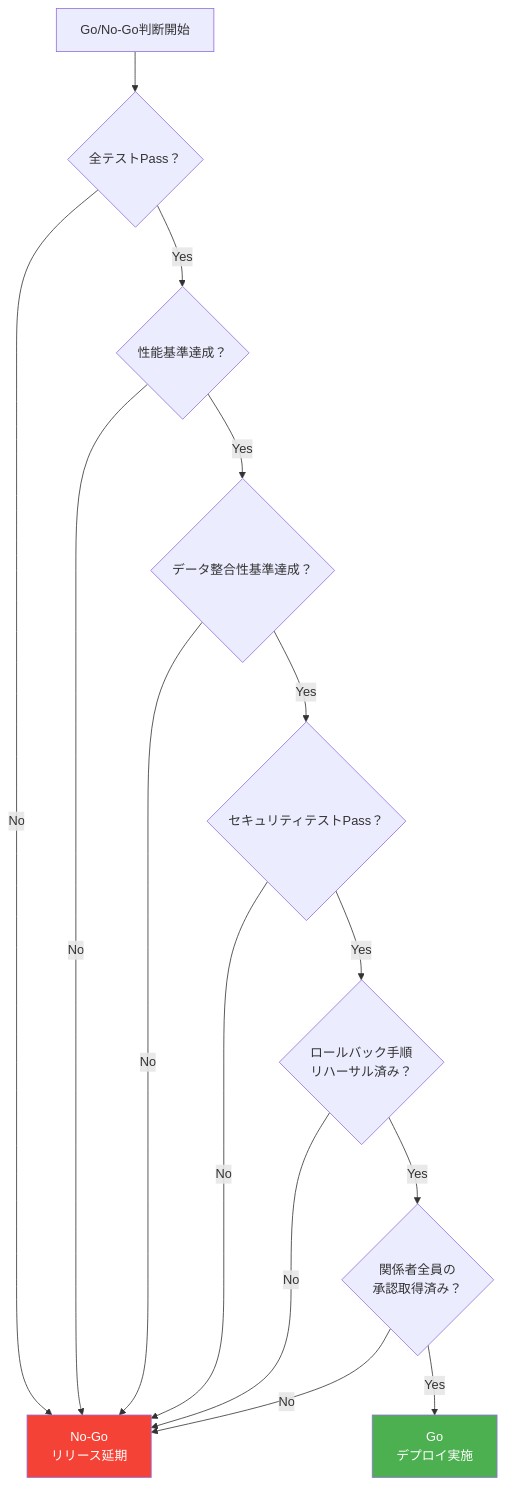
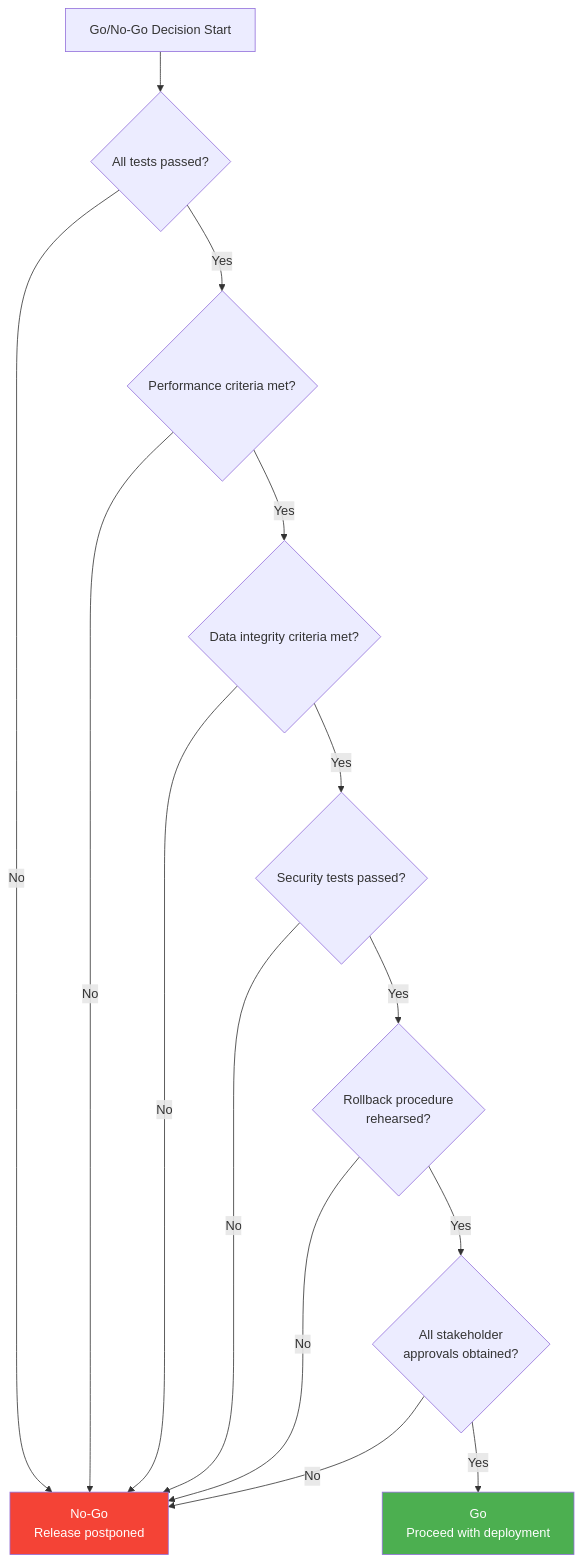
Before and after one commit to wfukatsu/nexus-architect: the fourth of 4 diagrams in workflow/greenfield/13_deployment_rollout.md, drawn with Mermaid. The commit also changed other lines of this file and 1 other file, not shown here.

````diff
--- a/workflow/greenfield/13_deployment_rollout.md
+++ b/workflow/greenfield/13_deployment_rollout.md
@@ -381,19 +381,19 @@
 ```mermaid
 flowchart TD
-    START["Go/No-Go判断開始"] --> CHECK1{"全テストPass？"}
-    CHECK1 -->|"No"| NOGO["No-Go<br/>リリース延期"]
-    CHECK1 -->|"Yes"| CHECK2{"性能基準達成？"}
+    START["Go/No-Go Decision Start"] --> CHECK1{"All tests passed?"}
+    CHECK1 -->|"No"| NOGO["No-Go<br/>Release postponed"]
+    CHECK1 -->|"Yes"| CHECK2{"Performance criteria met?"}
     CHECK2 -->|"No"| NOGO
-    CHECK2 -->|"Yes"| CHECK3{"データ整合性基準達成？"}
+    CHECK2 -->|"Yes"| CHECK3{"Data integrity criteria met?"}
     CHECK3 -->|"No"| NOGO
-    CHECK3 -->|"Yes"| CHECK4{"セキュリティテストPass？"}
+    CHECK3 -->|"Yes"| CHECK4{"Security tests passed?"}
     CHECK4 -->|"No"| NOGO
-    CHECK4 -->|"Yes"| CHECK5{"ロールバック手順<br/>リハーサル済み？"}
+    CHECK4 -->|"Yes"| CHECK5{"Rollback procedure<br/>rehearsed?"}
     CHECK5 -->|"No"| NOGO
-    CHECK5 -->|"Yes"| CHECK6{"関係者全員の<br/>承認取得済み？"}
+    CHECK5 -->|"Yes"| CHECK6{"All stakeholder<br/>approvals obtained?"}
     CHECK6 -->|"No"| NOGO
-    CHECK6 -->|"Yes"| GO["Go<br/>デプロイ実施"]
+    CHECK6 -->|"Yes"| GO["Go<br/>Proceed with deployment"]
 
     style GO fill:#4CAF50,color:#fff
     style NOGO fill:#F44336,color:#fff
 ```
````
